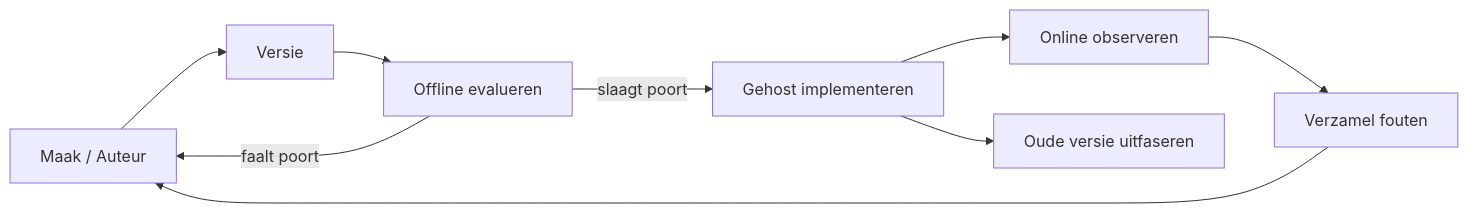
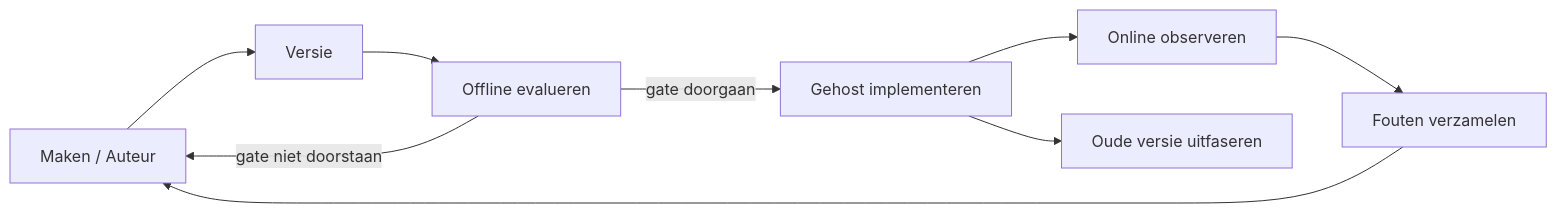
One commit to gabrielmoreira/agent-skills-mirror changed the second of 4 diagrams in mirrors/repos/microsoft@ai-agents-for-beginners/translations/nl/16-deploying-scalable-agents/README.md. Above: the diagram before and after it, drawn with Mermaid. The commit also changed other lines of this file and 4262 other files, not shown here.

````diff
--- a/mirrors/repos/microsoft@ai-agents-for-beginners/translations/nl/16-deploying-scalable-agents/README.md
+++ b/mirrors/repos/microsoft@ai-agents-for-beginners/translations/nl/16-deploying-scalable-agents/README.md
@@ -108,11 +108,11 @@
 ```mermaid
 flowchart LR
-    Create[Maak / Auteur] --> Version[Versie]
+    Create[Maken / Auteur] --> Version[Versie]
     Version --> Evaluate[Offline evalueren]
-    Evaluate -->|slaagt poort| Deploy[Gehost implementeren]
-    Evaluate -->|faalt poort| Create
+    Evaluate -->|gate doorgaan| Deploy[Gehost implementeren]
+    Evaluate -->|gate niet doorstaan| Create
     Deploy --> Observe[Online observeren]
-    Observe --> Improve[Verzamel fouten]
+    Observe --> Improve[Fouten verzamelen]
     Improve --> Create
     Deploy --> Retire[Oude versie uitfaseren]
 ```
````
